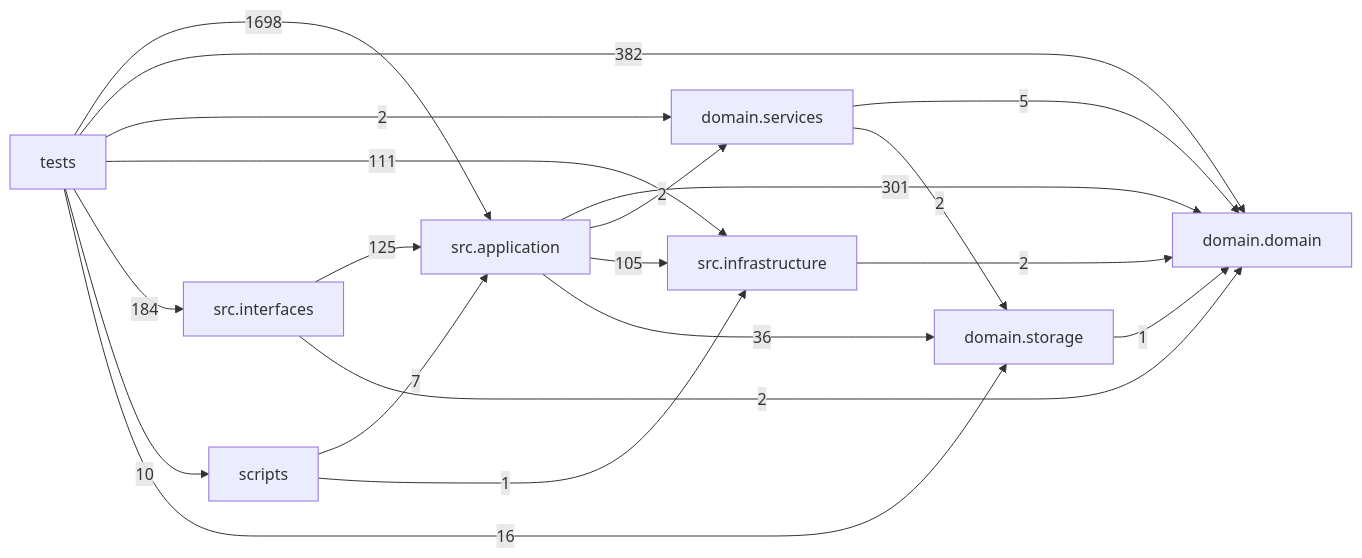
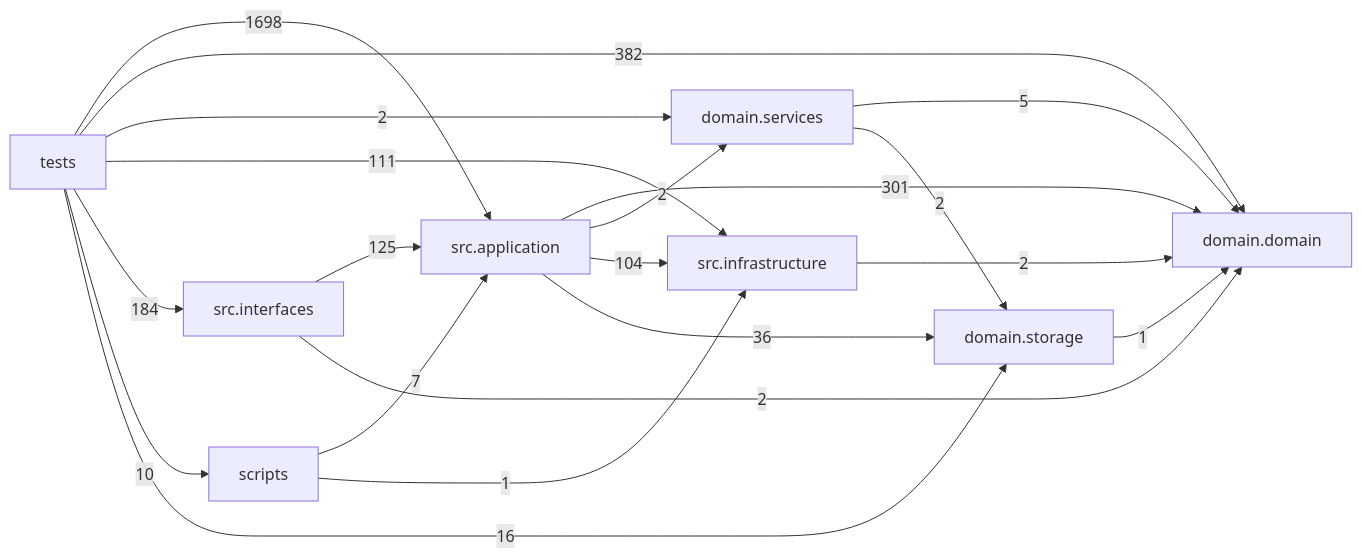
One commit to liuxie066/options-monitor changed the diagram in docs/DEPENDENCY_GRAPH.md. Above: the diagram before and after it, drawn with Mermaid. The commit also changed other lines of this file and 35 other files, not shown here.

````diff
--- a/docs/DEPENDENCY_GRAPH.md
+++ b/docs/DEPENDENCY_GRAPH.md
@@ -24,30 +24,30 @@
 ```mermaid
 flowchart LR
   tests["tests"]
   scripts["scripts"]
   interfaces["src.interfaces"]
   application["src.application"]
   infrastructure["src.infrastructure"]
   domain_services["domain.services"]
   domain["domain.domain"]
   storage["domain.storage"]
   application -->|301| domain
   application -->|2| domain_services
-  application -->|105| infrastructure
+  application -->|104| infrastructure
   application -->|36| storage
   domain_services -->|5| domain
   domain_services -->|2| storage
   infrastructure -->|2| domain
   interfaces -->|125| application
   interfaces -->|2| domain
   scripts -->|7| application
   scripts -->|1| infrastructure
   storage -->|1| domain
   tests -->|1698| application
   tests -->|382| domain
   tests -->|2| domain_services
   tests -->|111| infrastructure
   tests -->|184| interfaces
   tests -->|10| scripts
   tests -->|16| storage
 ```
````
